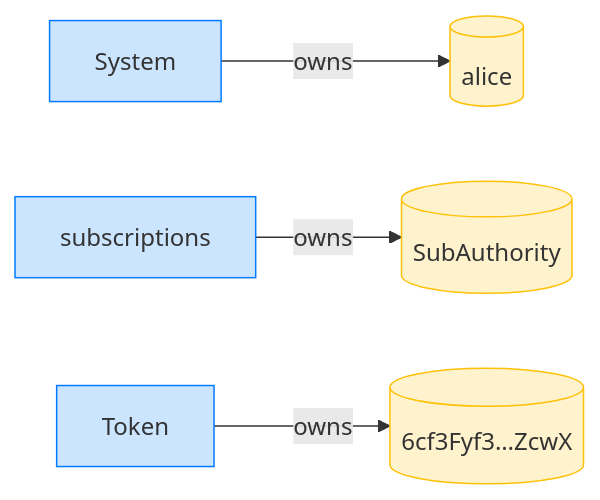
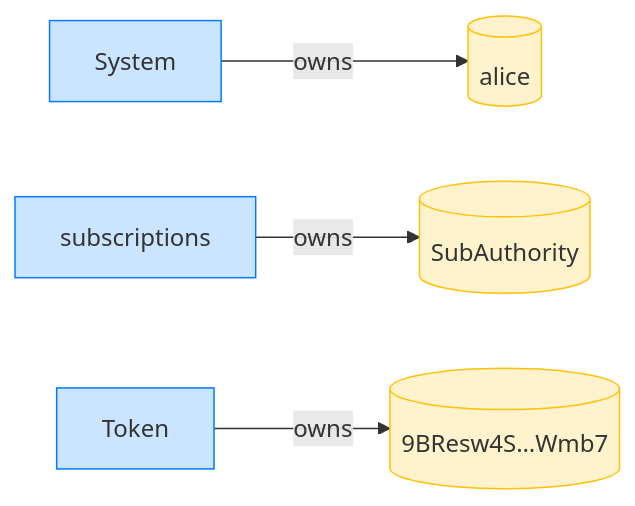
One commit to cds-rs/subscriptions changed the fourth of 20 diagrams in dsl_tests/resume-rejected-when-the-plan-was-deleted.md. Above: the diagram before and after it, drawn with Mermaid. The commit also changed other lines of this file and 224 other files, not shown here.

````diff
--- a/dsl_tests/resume-rejected-when-the-plan-was-deleted.md
+++ b/dsl_tests/resume-rejected-when-the-plan-was-deleted.md
@@ -73,14 +78,14 @@
 ```mermaid
 flowchart LR
     classDef owner fill:#cce5ff,stroke:#007bff;
     classDef account fill:#fff3cd,stroke:#ffc107;
     System[System]:::owner
     alice[(alice)]:::account
     subscriptions[subscriptions]:::owner
     SubAuthority[(SubAuthority)]:::account
     Token[Token]:::owner
-    6cf3Fyf3_ZcwX[("6cf3Fyf3…ZcwX")]:::account
+    9BResw4S_Wmb7[("9BResw4S…Wmb7")]:::account
     System -->|owns| alice
     subscriptions -->|owns| SubAuthority
-    Token -->|owns| 6cf3Fyf3_ZcwX
+    Token -->|owns| 9BResw4S_Wmb7
 ```
````
